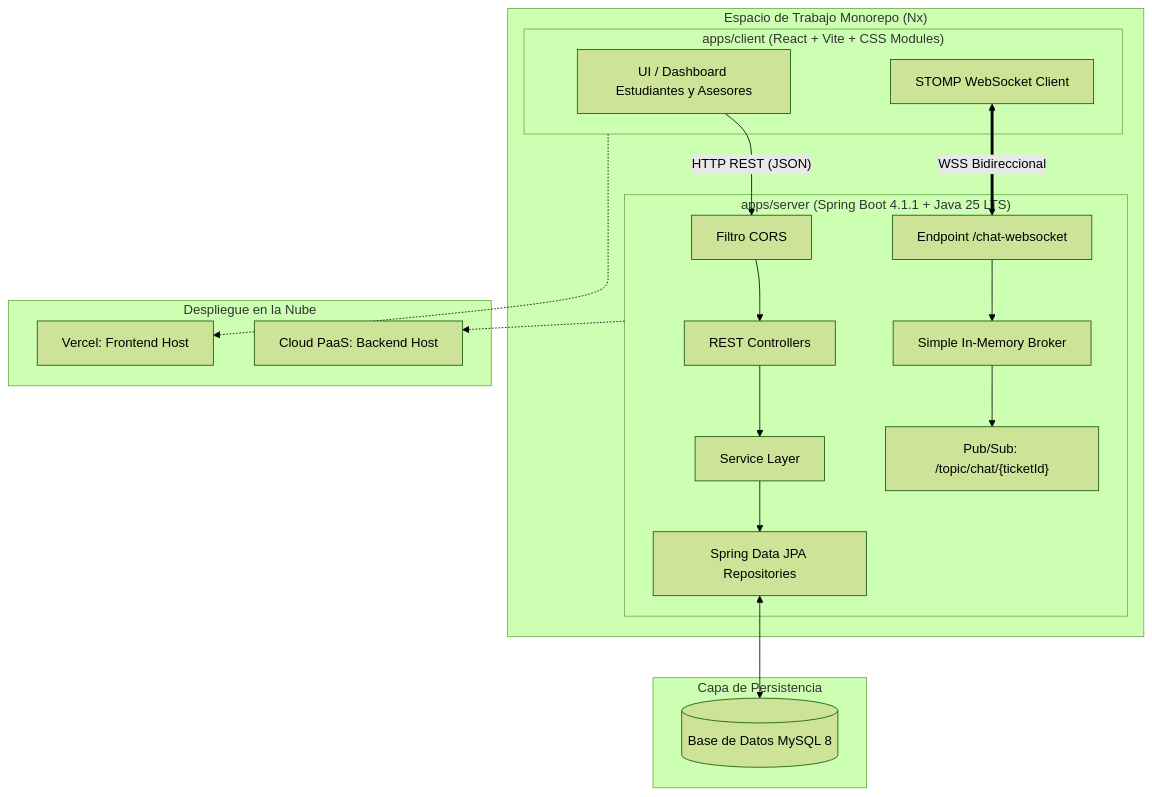
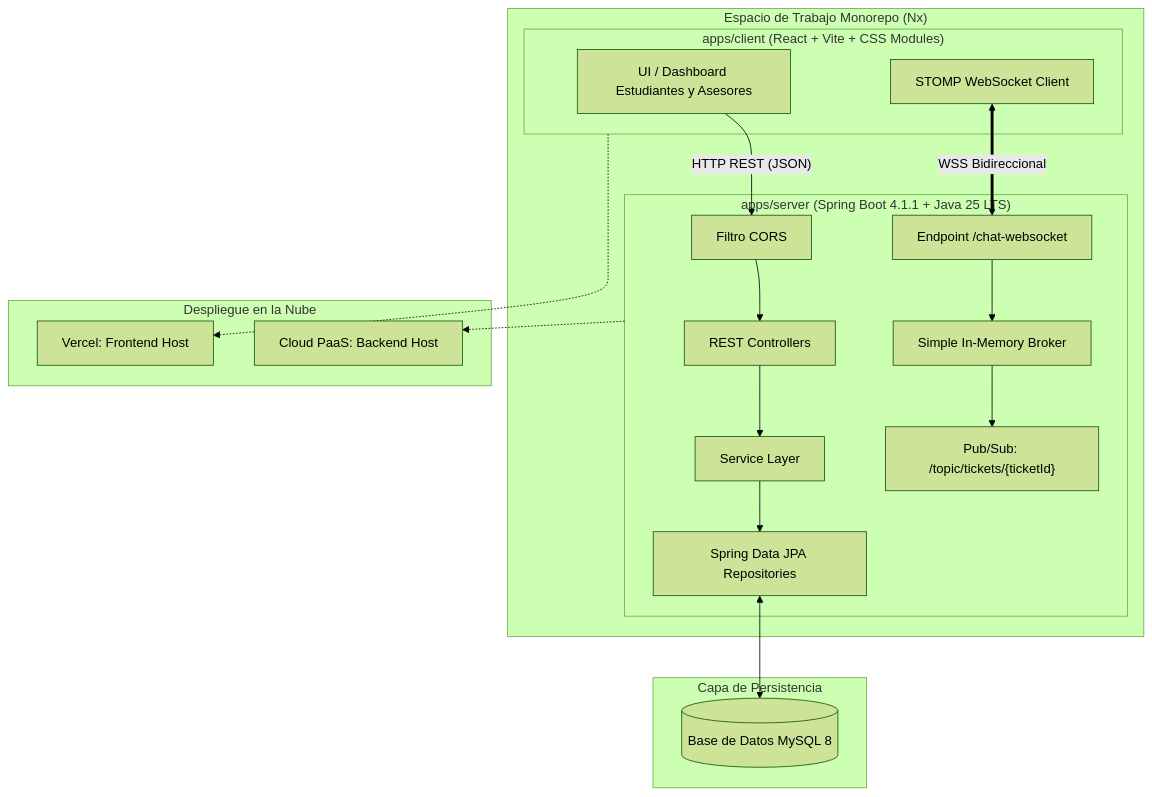
One commit to CrhistianNinalaya/chat-asistencia-estudiante changed the diagram in README.md. Above: the diagram before and after it, drawn with Mermaid (forest theme). The commit also changed other lines of this file and 11 other files, not shown here.

First line of the commit message:
feat(server): add ticket activity auditing, queue release, and STOMP topic standardization

````diff
--- a/README.md
+++ b/README.md
@@ -32,35 +32,35 @@
 ```mermaid
 flowchart TD
     subgraph NxMonorepo["Espacio de Trabajo Monorepo (Nx)"]
         subgraph ClientApp["apps/client (React + Vite + CSS Modules)"]
             UI[UI / Dashboard Estudiantes y Asesores]
             WSClient[STOMP WebSocket Client]
         end
 
         subgraph ServerApp["apps/server (Spring Boot 4.1.1 + Java 25 LTS)"]
             CORS[Filtro CORS] --> REST[REST Controllers]
             REST --> Service[Service Layer]
             
             WS[Endpoint /chat-websocket] --> Broker[Simple In-Memory Broker]
-            Broker --> PubSub["Pub/Sub: /topic/chat/{ticketId}"]
+            Broker --> PubSub["Pub/Sub: /topic/tickets/{ticketId}"]
 
             Service --> Repos[Spring Data JPA Repositories]
         end
     end
 
     subgraph DataStore["Capa de Persistencia"]
         MySQL[(Base de Datos MySQL 8)]
     end
 
     subgraph CloudHosting["Despliegue en la Nube"]
         VercelCloud[Vercel: Frontend Host]
         BackendCloud[Cloud PaaS: Backend Host]
     end
 
     UI -- "HTTP REST (JSON)" --> CORS
     WSClient <== "WSS Bidireccional" ==> WS
     Repos <--> MySQL
 
     ClientApp -.-> VercelCloud
     ServerApp -.-> BackendCloud
 ```
````
